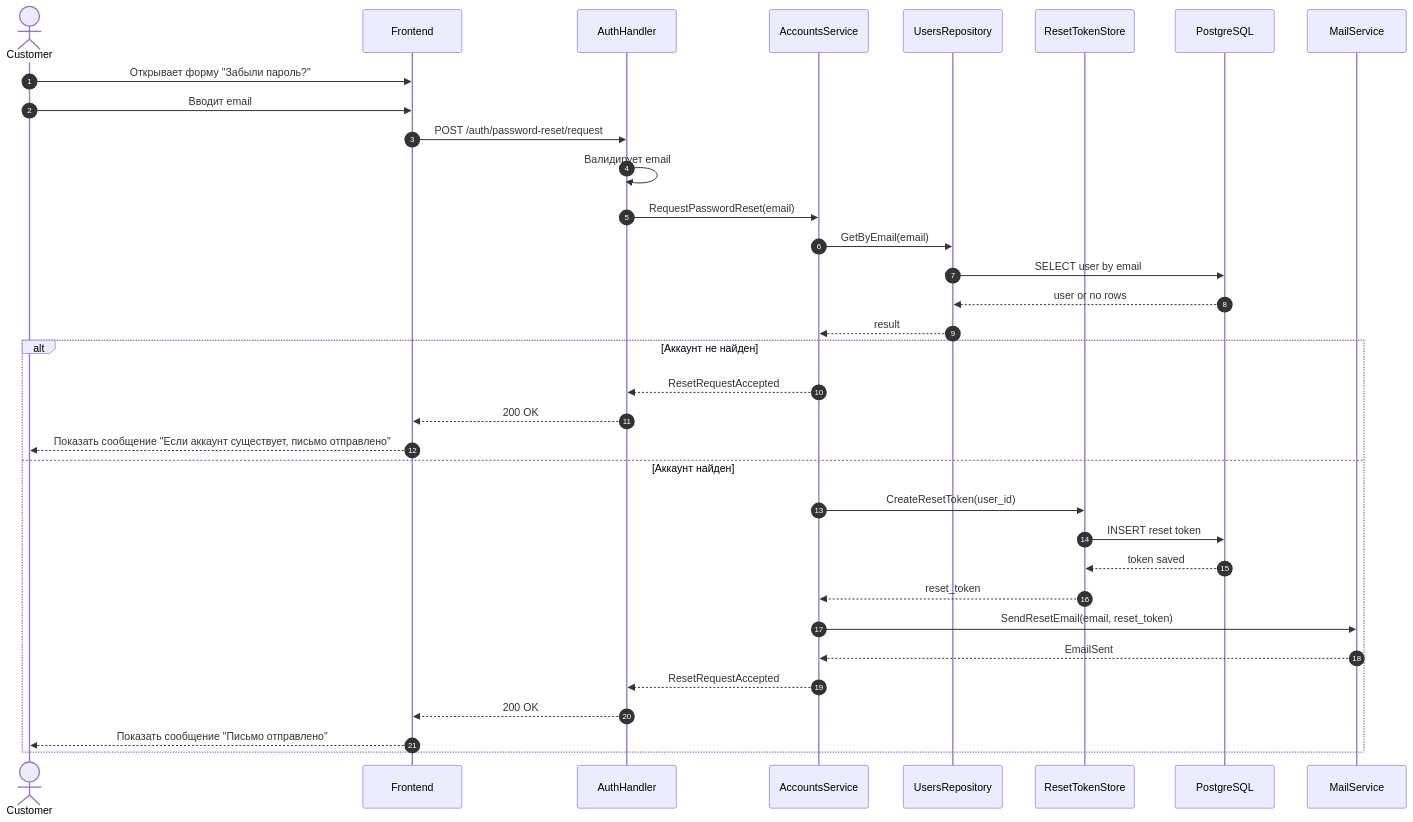
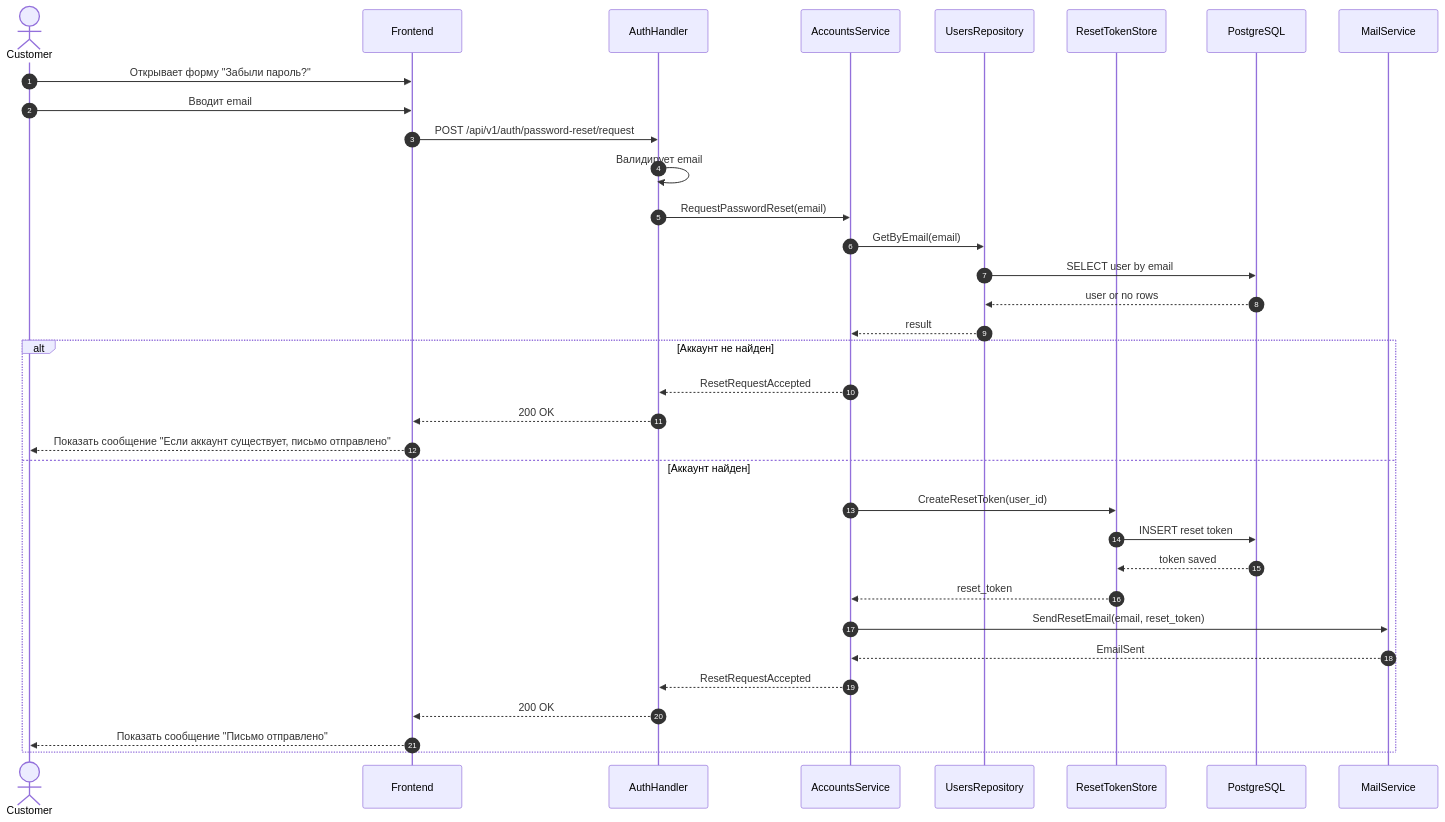
One commit to k3llone/TrackLink changed the diagram in docs/Sequence/SD-04.md. Above: the diagram before and after it, drawn with Mermaid. The commit also changed 33 other files, not shown here.

````diff
--- a/docs/Sequence/SD-04.md
+++ b/docs/Sequence/SD-04.md
@@ -3,43 +3,43 @@
 ```mermaid
 sequenceDiagram
     autonumber
 
     actor Customer
     participant FE as Frontend
     participant AH as AuthHandler
     participant AS as AccountsService
     participant UR as UsersRepository
     participant RT as ResetTokenStore
     participant DB as PostgreSQL
     participant MS as MailService
 
     Customer->>FE: Открывает форму "Забыли пароль?"
     Customer->>FE: Вводит email
-    FE->>AH: POST /auth/password-reset/request
+    FE->>AH: POST /api/v1/auth/password-reset/request
 
     AH->>AH: Валидирует email
     AH->>AS: RequestPasswordReset(email)
 
     AS->>UR: GetByEmail(email)
     UR->>DB: SELECT user by email
     DB-->>UR: user or no rows
     UR-->>AS: result
 
     alt Аккаунт не найден
         AS-->>AH: ResetRequestAccepted
         AH-->>FE: 200 OK
         FE-->>Customer: Показать сообщение "Если аккаунт существует, письмо отправлено"
     else Аккаунт найден
         AS->>RT: CreateResetToken(user_id)
         RT->>DB: INSERT reset token
         DB-->>RT: token saved
         RT-->>AS: reset_token
 
         AS->>MS: SendResetEmail(email, reset_token)
         MS-->>AS: EmailSent
 
         AS-->>AH: ResetRequestAccepted
         AH-->>FE: 200 OK
         FE-->>Customer: Показать сообщение "Письмо отправлено"
     end
 ```
````
